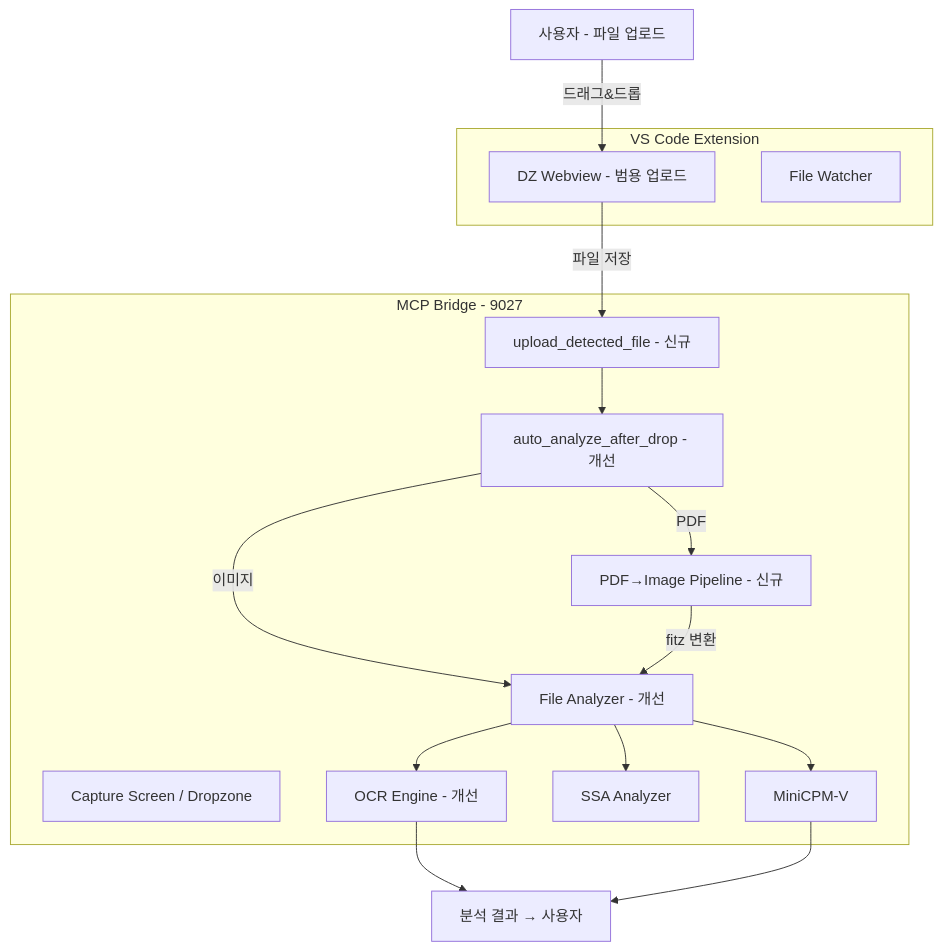
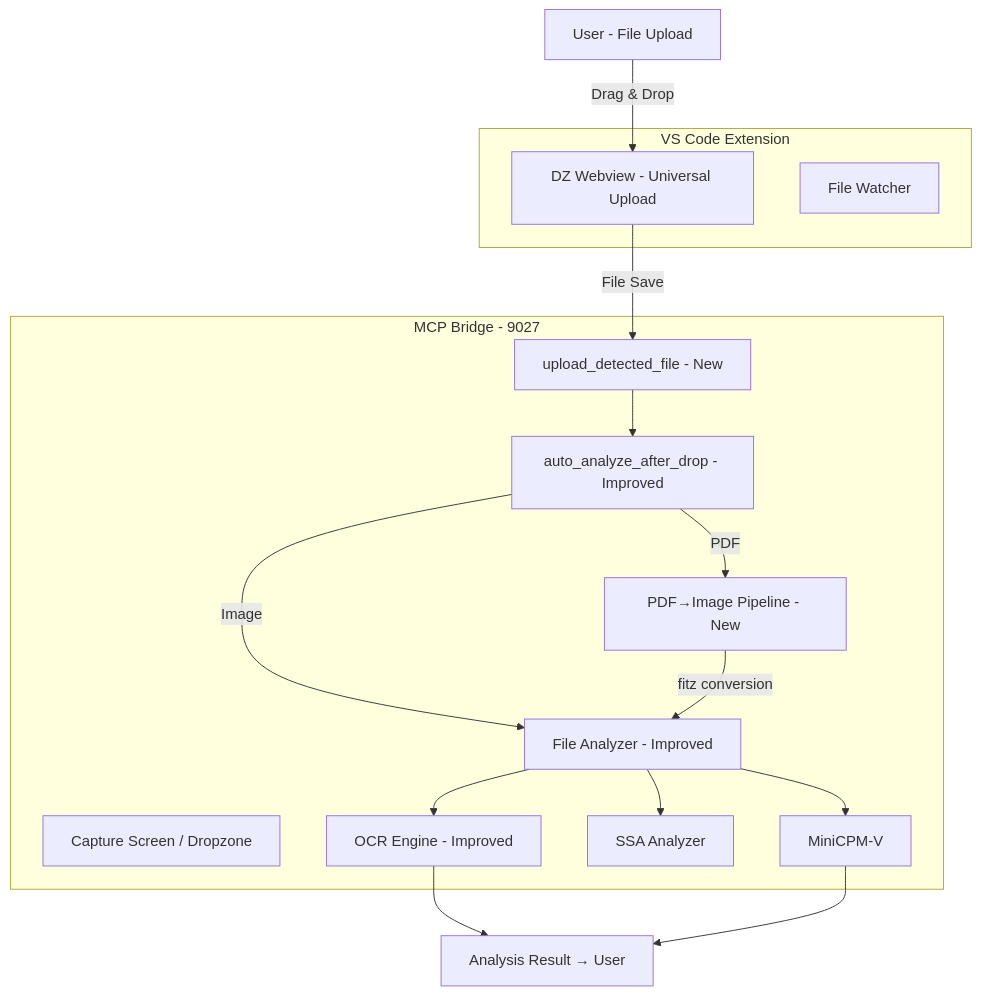
One commit to myk1yt/VibeZoo changed the diagram in plans/vibezoo-v2-upgrade.md. Above: the diagram before and after it, drawn with Mermaid. The commit also changed other lines of this file and 17 other files, not shown here.

````diff
--- a/plans/vibezoo-v2-upgrade.md
+++ b/plans/vibezoo-v2-upgrade.md
@@ -23,32 +23,32 @@
 ```mermaid
 graph TD
-    USER[사용자 - 파일 업로드]
+    USER[User - File Upload]
 
     subgraph EXT[VS Code Extension]
-        DZ_WEBVIEW[DZ Webview - 범용 업로드]
+        DZ_WEBVIEW[DZ Webview - Universal Upload]
         FILE_WATCHER[File Watcher]
     end
 
     subgraph BRIDGE[MCP Bridge - 9027]
         DZ[Capture Screen / Dropzone]
-        UP[upload_detected_file - 신규]
-        AAD[auto_analyze_after_drop - 개선]
-        FA[File Analyzer - 개선]
-        PDF2IMG[PDF→Image Pipeline - 신규]
-        OCR[OCR Engine - 개선]
+        UP[upload_detected_file - New]
+        AAD[auto_analyze_after_drop - Improved]
+        FA[File Analyzer - Improved]
+        PDF2IMG[PDF→Image Pipeline - New]
+        OCR[OCR Engine - Improved]
         SSA[SSA Analyzer]
         VISION[MiniCPM-V]
     end
 
-    USER -->|드래그&드롭| DZ_WEBVIEW
-    DZ_WEBVIEW -->|파일 저장| UP
+    USER -->|Drag & Drop| DZ_WEBVIEW
+    DZ_WEBVIEW -->|File Save| UP
     UP --> AAD
-    AAD -->|이미지| FA
+    AAD -->|Image| FA
     AAD -->|PDF| PDF2IMG
-    PDF2IMG -->|fitz 변환| FA
+    PDF2IMG -->|fitz conversion| FA
     FA --> OCR
     FA --> SSA
     FA --> VISION
-    OCR --> RESULT[분석 결과 → 사용자]
+    OCR --> RESULT[Analysis Result → User]
     VISION --> RESULT
 ```
````
